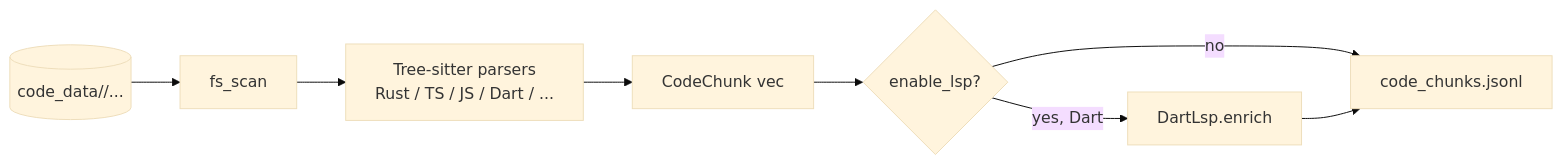
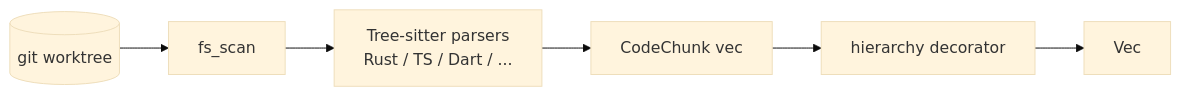
One commit to robotoss/mr-ai changed the diagram in mr-ai-backend/docs/services/code-indexer.md. Above: the diagram before and after it, drawn with Mermaid (base theme). The commit also changed other lines of this file and 41 other files, not shown here.

````diff
--- a/mr-ai-backend/docs/services/code-indexer.md
+++ b/mr-ai-backend/docs/services/code-indexer.md
@@ -30,10 +30,8 @@
 ```mermaid
 flowchart LR
-    Repo[(code_data/<project>/...)] --> Scan[fs_scan]
-    Scan --> Parse[Tree-sitter parsers<br/>Rust / TS / JS / Dart / ...]
+    Worktree[(git worktree)] --> Scan[fs_scan]
+    Scan --> Parse[Tree-sitter parsers<br/>Rust / TS / Dart / ...]
     Parse --> Chunks[CodeChunk vec]
-    Chunks --> LSP{enable_lsp?}
-    LSP -->|yes, Dart| Enrich[DartLsp.enrich]
-    LSP -->|no| Out
-    Enrich --> Out[code_chunks.jsonl]
+    Chunks --> H[hierarchy decorator]
+    H --> Out[Vec<CodeChunk>]
 ```
````
